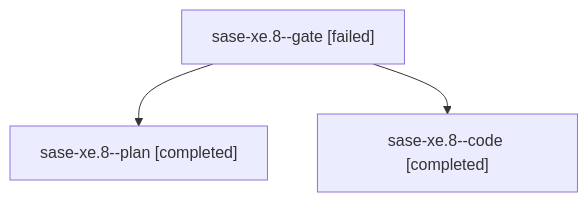
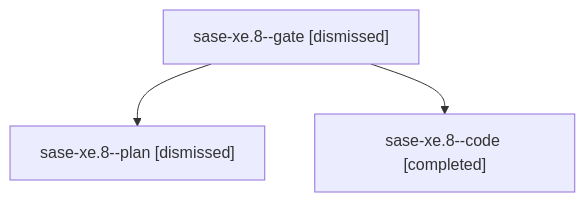
Before and after one commit to sase-org/sase--agents: the diagram in families/bbugyi200.athena.sase-xe.8.md, drawn with Mermaid. The commit also changed other lines of this file and 305 other files, not shown here.

````diff
--- a/families/bbugyi200.athena.sase-xe.8.md
+++ b/families/bbugyi200.athena.sase-xe.8.md
@@ -9,8 +9,8 @@
 ```mermaid
 flowchart TD
-  n0["sase-xe.8--gate [failed]"]
-  n1["sase-xe.8--plan [completed]"]
+  n0["sase-xe.8--gate [dismissed]"]
+  n1["sase-xe.8--plan [dismissed]"]
   n0 --> n1
   n2["sase-xe.8--code [completed]"]
   n0 --> n2
 ```
````
